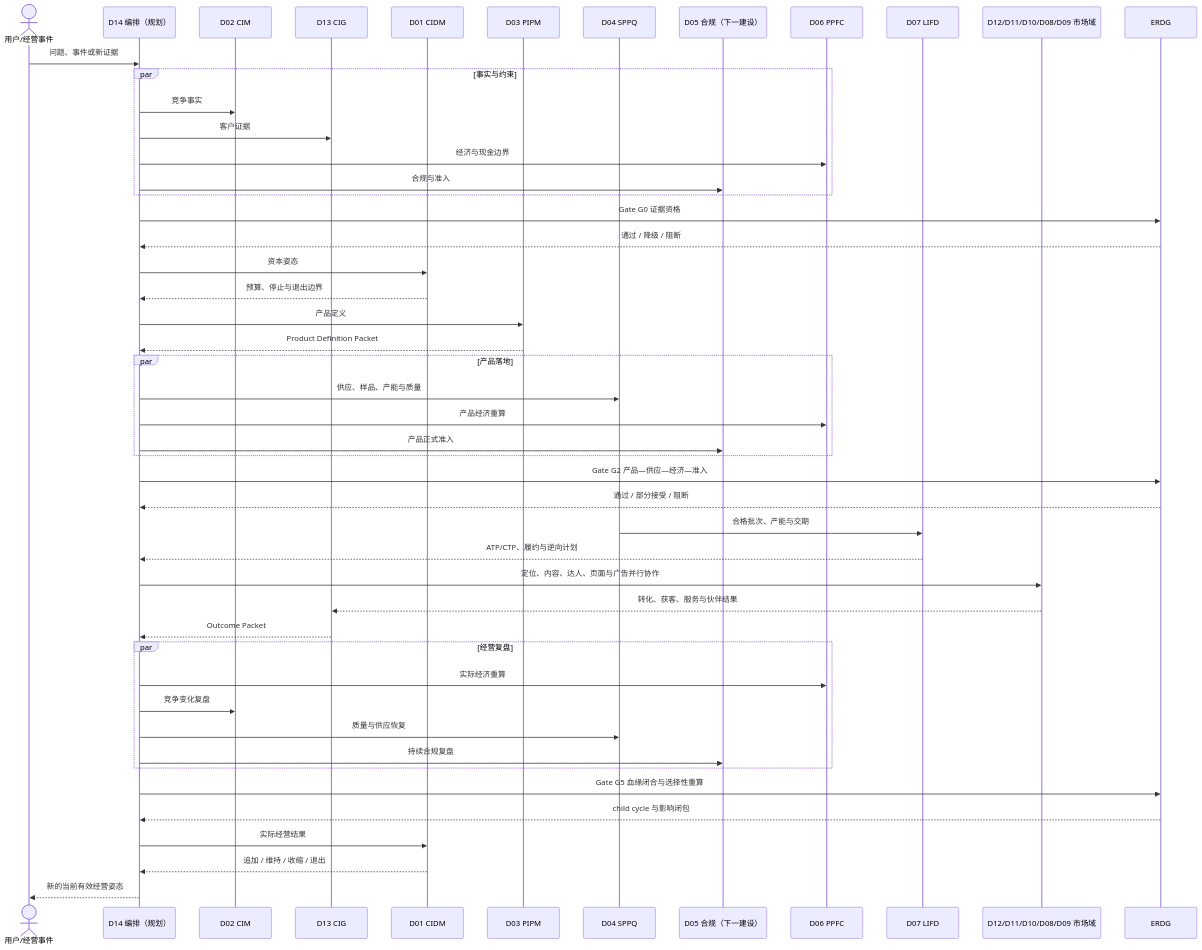
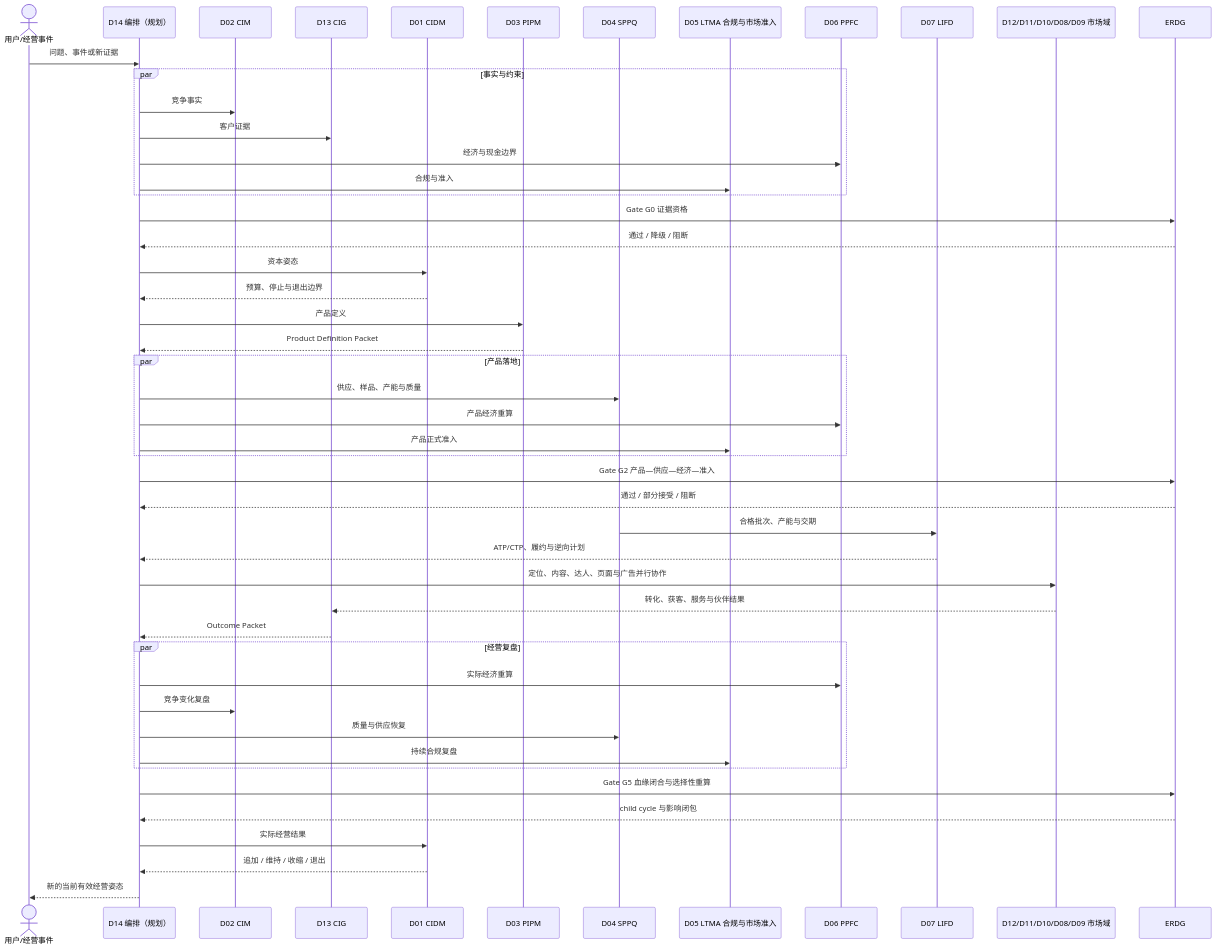
One commit to saye-chen/CrossBorder-Decision-Lab changed the third of 3 diagrams in README.md. Above: the diagram before and after it, drawn with Mermaid. The commit also changed other lines of this file and 176 other files, not shown here.

````diff
--- a/README.md
+++ b/README.md
@@ -159,51 +159,51 @@
 ```mermaid
 sequenceDiagram
     actor U as 用户/经营事件
     participant D14 as D14 编排（规划）
     participant D02 as D02 CIM
     participant D13 as D13 CIG
     participant D01 as D01 CIDM
     participant D03 as D03 PIPM
     participant D04 as D04 SPPQ
-    participant D05 as D05 合规（下一建设）
+    participant D05 as D05 LTMA 合规与市场准入
     participant D06 as D06 PPFC
     participant D07 as D07 LIFD
     participant M as D12/D11/D10/D08/D09 市场域
     participant E as ERDG
     U->>D14: 问题、事件或新证据
     par 事实与约束
       D14->>D02: 竞争事实
       D14->>D13: 客户证据
       D14->>D06: 经济与现金边界
       D14->>D05: 合规与准入
     end
     D14->>E: Gate G0 证据资格
     E-->>D14: 通过 / 降级 / 阻断
     D14->>D01: 资本姿态
     D01-->>D14: 预算、停止与退出边界
     D14->>D03: 产品定义
     D03-->>D14: Product Definition Packet
     par 产品落地
       D14->>D04: 供应、样品、产能与质量
       D14->>D06: 产品经济重算
       D14->>D05: 产品正式准入
     end
     D14->>E: Gate G2 产品—供应—经济—准入
     E-->>D14: 通过 / 部分接受 / 阻断
     D04->>D07: 合格批次、产能与交期
     D07-->>D14: ATP/CTP、履约与逆向计划
     D14->>M: 定位、内容、达人、页面与广告并行协作
     M-->>D13: 转化、获客、服务与伙伴结果
     D13-->>D14: Outcome Packet
     par 经营复盘
       D14->>D06: 实际经济重算
       D14->>D02: 竞争变化复盘
       D14->>D04: 质量与供应恢复
       D14->>D05: 持续合规复盘
     end
     D14->>E: Gate G5 血缘闭合与选择性重算
     E-->>D14: child cycle 与影响闭包
     D14->>D01: 实际经营结果
     D01-->>D14: 追加 / 维持 / 收缩 / 退出
     D14-->>U: 新的当前有效经营姿态
 ```
````
